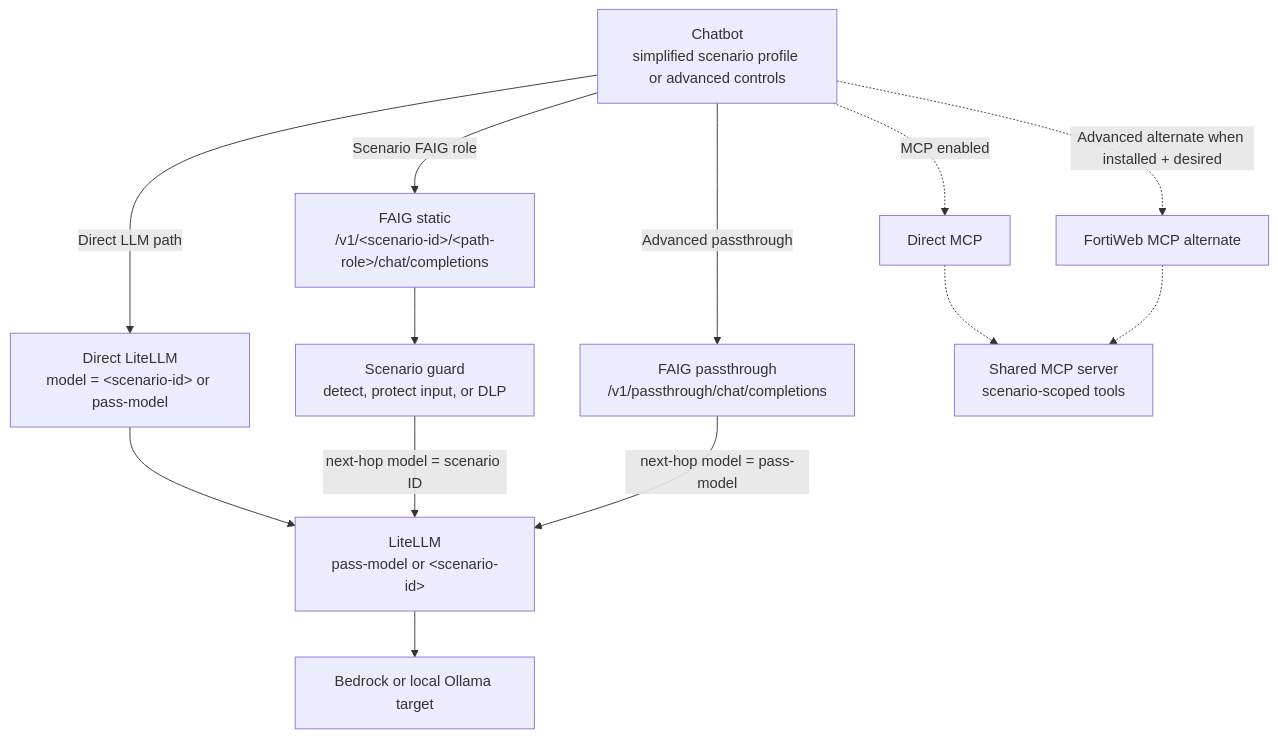
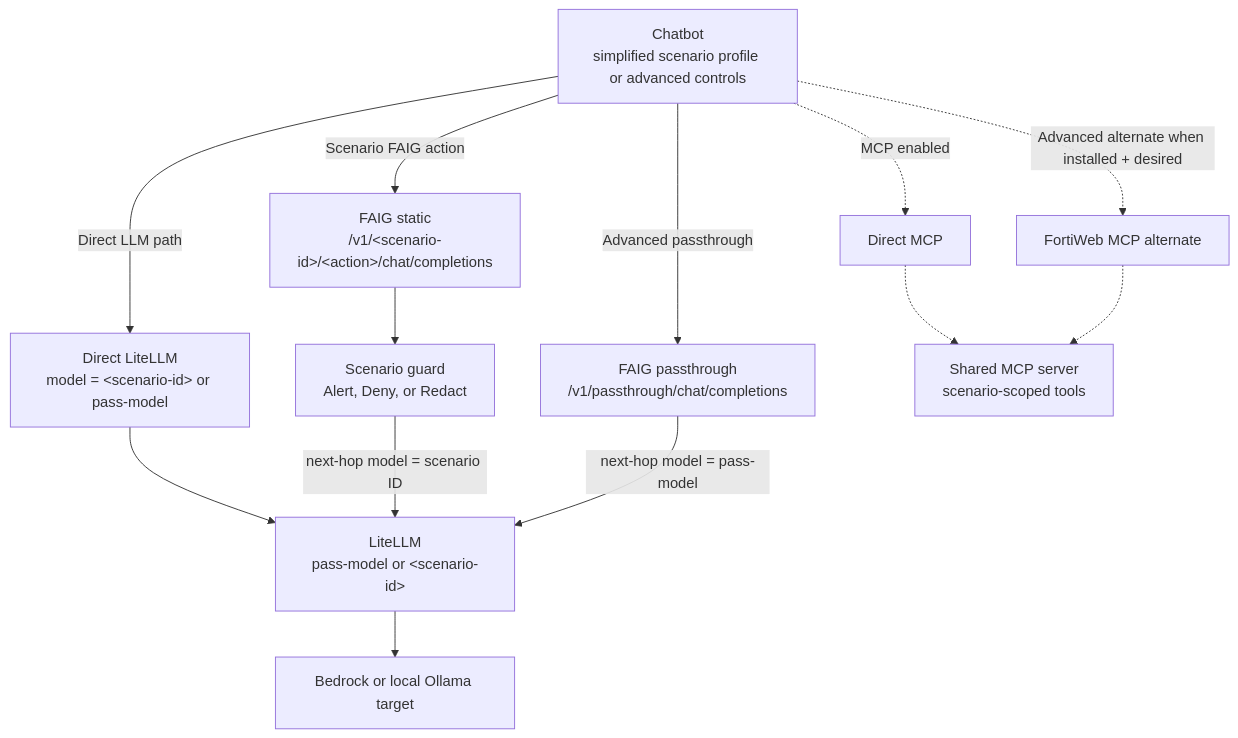
Before and after one commit to mabutterfield/fortiaigate_demo: the diagram in docs/fortiaigate-lab-flows.md, drawn with Mermaid. The commit also changed other lines of this file and 24 other files, not shown here.

````diff
--- a/docs/fortiaigate-lab-flows.md
+++ b/docs/fortiaigate-lab-flows.md
@@ -6,26 +7,26 @@
 ```mermaid
 flowchart TD
     UI["Chatbot<br/>simplified scenario profile or advanced controls"]
     DIRECT["Direct LiteLLM<br/>model = &lt;scenario-id&gt; or pass-model"]
-    STATIC["FAIG static<br/>/v1/&lt;scenario-id&gt;/&lt;path-role&gt;/chat/completions"]
+    STATIC["FAIG static<br/>/v1/&lt;scenario-id&gt;/&lt;action&gt;/chat/completions"]
     PASS["FAIG passthrough<br/>/v1/passthrough/chat/completions"]
-    GUARD["Scenario guard<br/>detect, protect input, or DLP"]
+    GUARD["Scenario guard<br/>Alert, Deny, or Redact"]
     LL["LiteLLM<br/>pass-model or &lt;scenario-id&gt;"]
     MODEL["Bedrock or local Ollama target"]
     MCPD["Direct MCP"]
     FWEB["FortiWeb MCP alternate"]
     MCP["Shared MCP server<br/>scenario-scoped tools"]
 
     UI -->|"Direct LLM path"| DIRECT
-    UI -->|"Scenario FAIG role"| STATIC
+    UI -->|"Scenario FAIG action"| STATIC
     UI -->|"Advanced passthrough"| PASS
     DIRECT --> LL
     STATIC --> GUARD
     GUARD -->|"next-hop model = scenario ID"| LL
     PASS -->|"next-hop model = pass-model"| LL
     LL --> MODEL
     UI -.->|"MCP enabled"| MCPD
     UI -.->|"Advanced alternate when installed + desired"| FWEB
     MCPD -.-> MCP
     FWEB -.-> MCP
 ```
````
